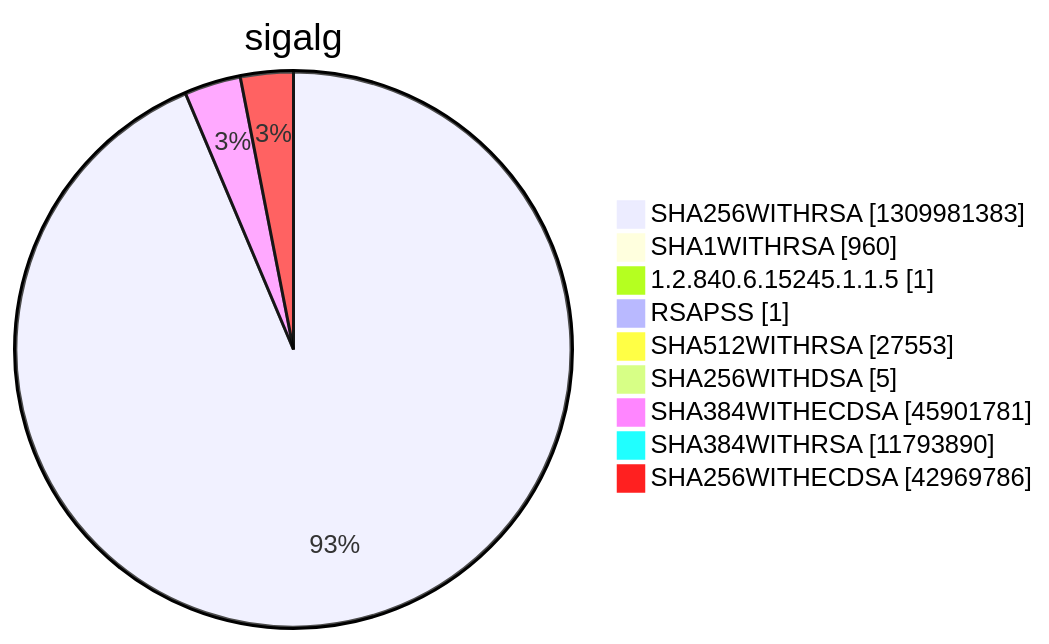
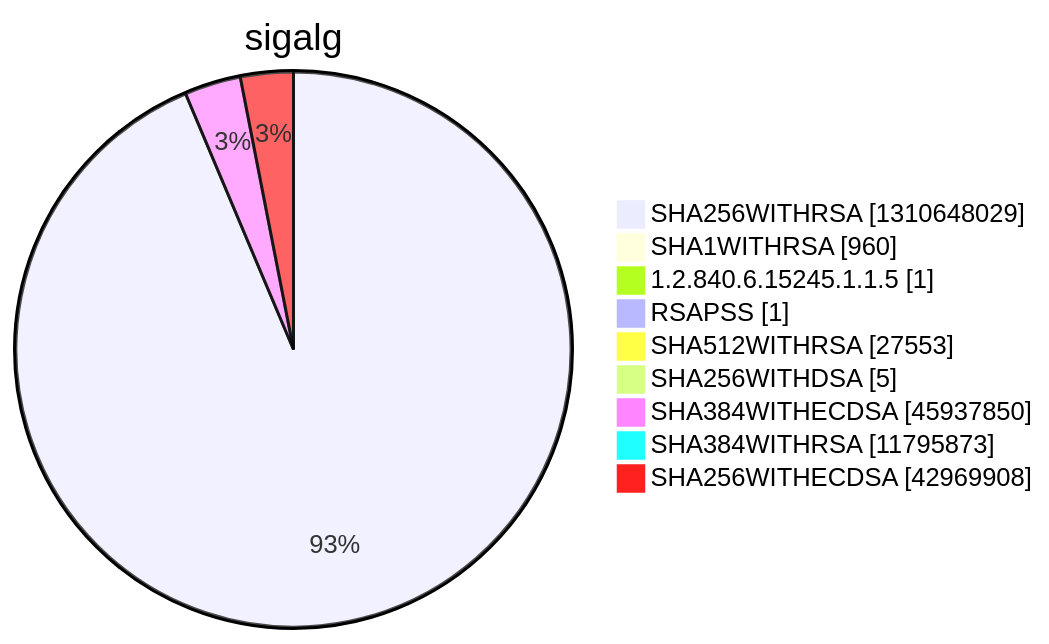
Diagram 15 of 15 in argon2022/README.md (christiankrug/ctmonitor_visualization), drawn with Mermaid before and after one commit. The commit also changed other lines of this file, not shown here.

````diff
--- a/argon2022/README.md
+++ b/argon2022/README.md
@@ -5523,13 +5523,13 @@
 ```mermaid
 pie showData
 title sigalg
-"SHA256WITHRSA" :1309981383
+"SHA256WITHRSA" :1310648029
 "SHA1WITHRSA" :960
 "1.2.840.6.15245.1.1.5" :1
 "RSAPSS" :1
 "SHA512WITHRSA" :27553
 "SHA256WITHDSA" :5
-"SHA384WITHECDSA" :45901781
-"SHA384WITHRSA" :11793890
-"SHA256WITHECDSA" :42969786
+"SHA384WITHECDSA" :45937850
+"SHA384WITHRSA" :11795873
+"SHA256WITHECDSA" :42969908
 ```
````
